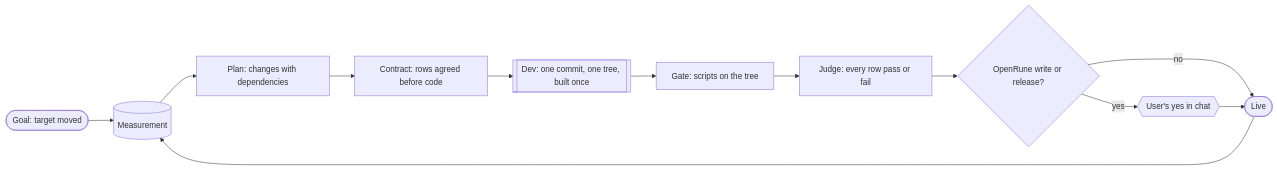
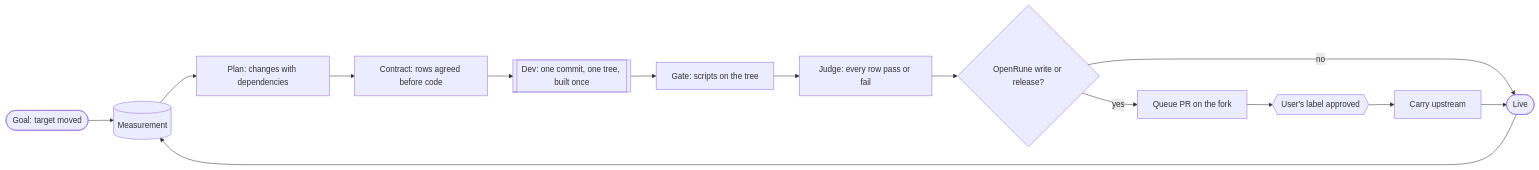
One commit to AlexPerrin/RuneHarness changed the diagram in docs/PROBLEM.md. Above: the diagram before and after it, drawn with Mermaid. The commit also changed other lines of this file and 13 other files, not shown here.

First line of the commit message:
harness: the public act is a queue PR on our fork the user labels approved, carried by hd ship

````diff
--- a/docs/PROBLEM.md
+++ b/docs/PROBLEM.md
@@ -60,14 +60,14 @@
 ```mermaid
 flowchart LR
   g([Goal: target moved]) --> m[(Measurement)]
   m --> o[Plan: changes with dependencies]
   o --> k[Contract: rows agreed before code]
   k --> d[[Dev: one commit, one tree, built once]]
   d --> c[Gate: scripts on the tree]
   c --> j[Judge: every row pass or fail]
   j --> s{OpenRune write or release?}
-  s -- yes --> u{{User's yes in chat}}
+  s -- yes --> q[Queue PR on the fork] --> u{{User's label approved}} --> r[Carry upstream]
   s -- no --> l([Live])
-  u --> l
+  r --> l
   l --> m
 ```
````
